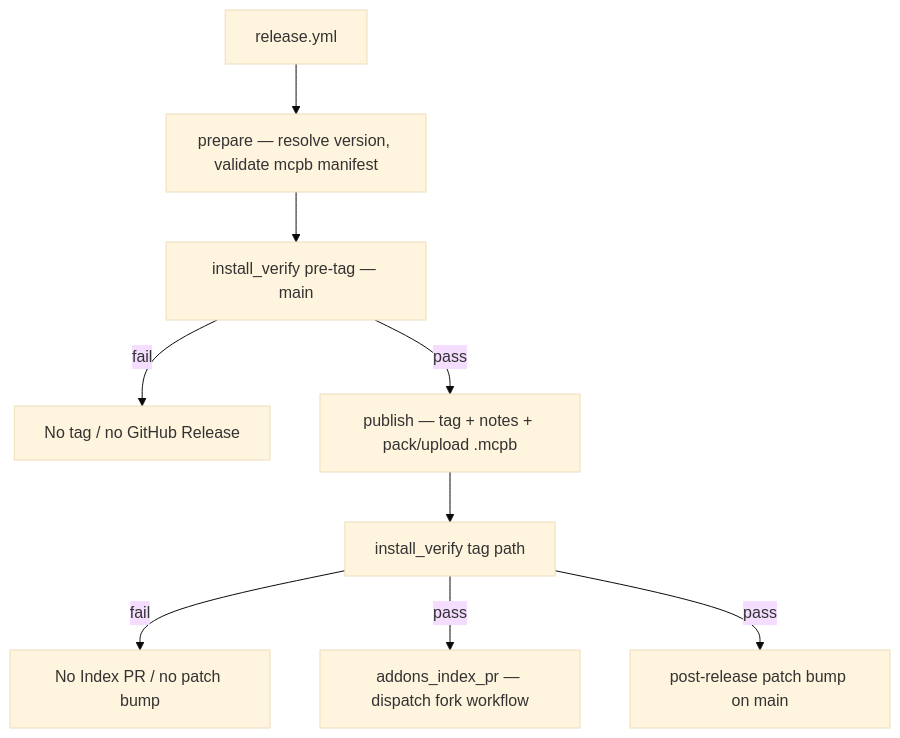
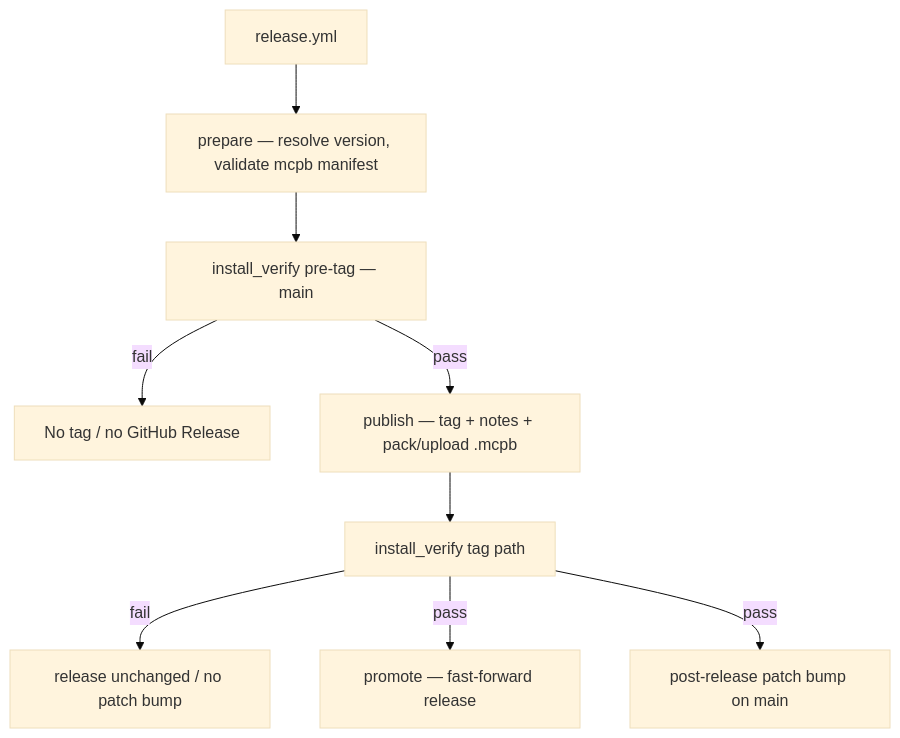
The diagram in MAINTAINING.md (CREATeNG/freecad-mcp-bridge), drawn with Mermaid (base theme) before and after one commit. The commit also changed other lines of this file and 9 other files, not shown here.

First line of the commit message:
Ship releases through a release branch instead of per-release Index PRs

````diff
--- a/MAINTAINING.md
+++ b/MAINTAINING.md
@@ -81,12 +82,12 @@
 ```mermaid
 flowchart TD
   R[release.yml]
   R --> prep[prepare — resolve version, validate mcpb manifest]
   prep --> verify[install_verify pre-tag — main]
   verify -->|fail| stop[No tag / no GitHub Release]
   verify -->|pass| pub[publish — tag + notes + pack/upload .mcpb]
   pub --> postverify[install_verify tag path]
-  postverify -->|fail| stop2[No Index PR / no patch bump]
-  postverify -->|pass| indexpr[addons_index_pr — dispatch fork workflow]
+  postverify -->|fail| stop2[release unchanged / no patch bump]
+  postverify -->|pass| promote[promote — fast-forward release]
   postverify -->|pass| zbump[post-release patch bump on main]
 ```
````
